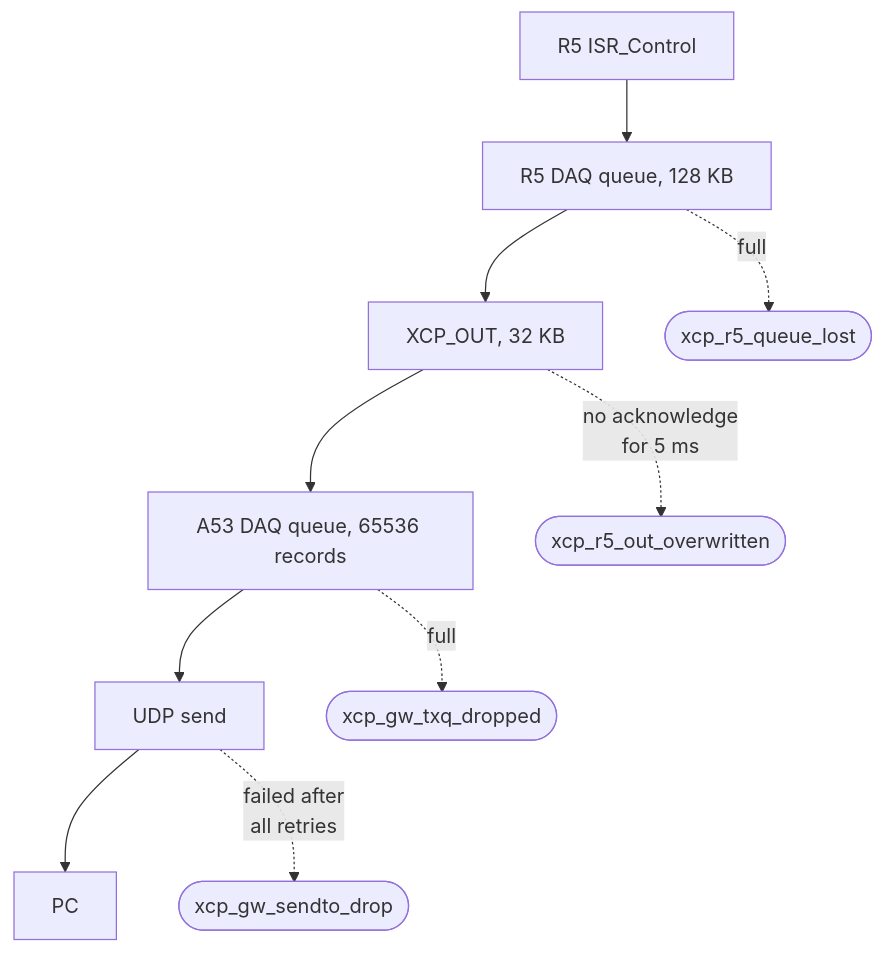
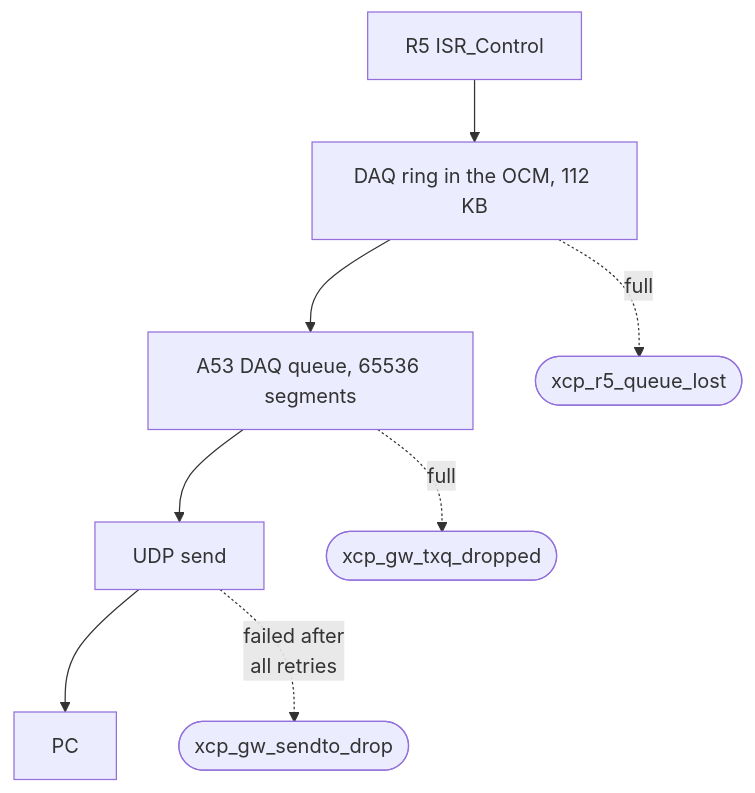
Before and after one commit to ultrazohm/ultrazohm_sw: the diagram in docs/source/guide/XCP/XCP_diagnostics.rst, drawn with Mermaid. The commit also changed other lines of this file and 2 other files, not shown here.

First line of the commit message:
docs: XCP pages describe the OCM rings, the DAQ budget and 8-byte writes

```diff
--- a/docs/source/guide/XCP/XCP_diagnostics.rst
+++ b/docs/source/guide/XCP/XCP_diagnostics.rst
@@ -14,14 +14,12 @@
 .. mermaid::
     :align: center
     :caption: Buffers on the way of the measurement data and the counter that belongs to each of them
 
     flowchart TB
-      isr["R5 ISR_Control"] --> q1["R5 DAQ queue, 128 KB"]
-      q1 --> out["XCP_OUT, 32 KB"]
-      out --> q2["A53 DAQ queue, 65536 records"]
+      isr["R5 ISR_Control"] --> ring["DAQ ring in the OCM, 112 KB"]
+      ring --> q2["A53 DAQ queue, 65536 segments"]
       q2 --> udp["UDP send"]
       udp --> pc["PC"]
-      q1 -. "full" .-> c1(["xcp_r5_queue_lost"])
-      out -. "no acknowledge<br>for 5 ms" .-> c2(["xcp_r5_out_overwritten"])
+      ring -. "full" .-> c1(["xcp_r5_queue_lost"])
       q2 -. "full" .-> c3(["xcp_gw_txq_dropped"])
       udp -. "failed after<br>all retries" .-> c4(["xcp_gw_sendto_drop"])
```
